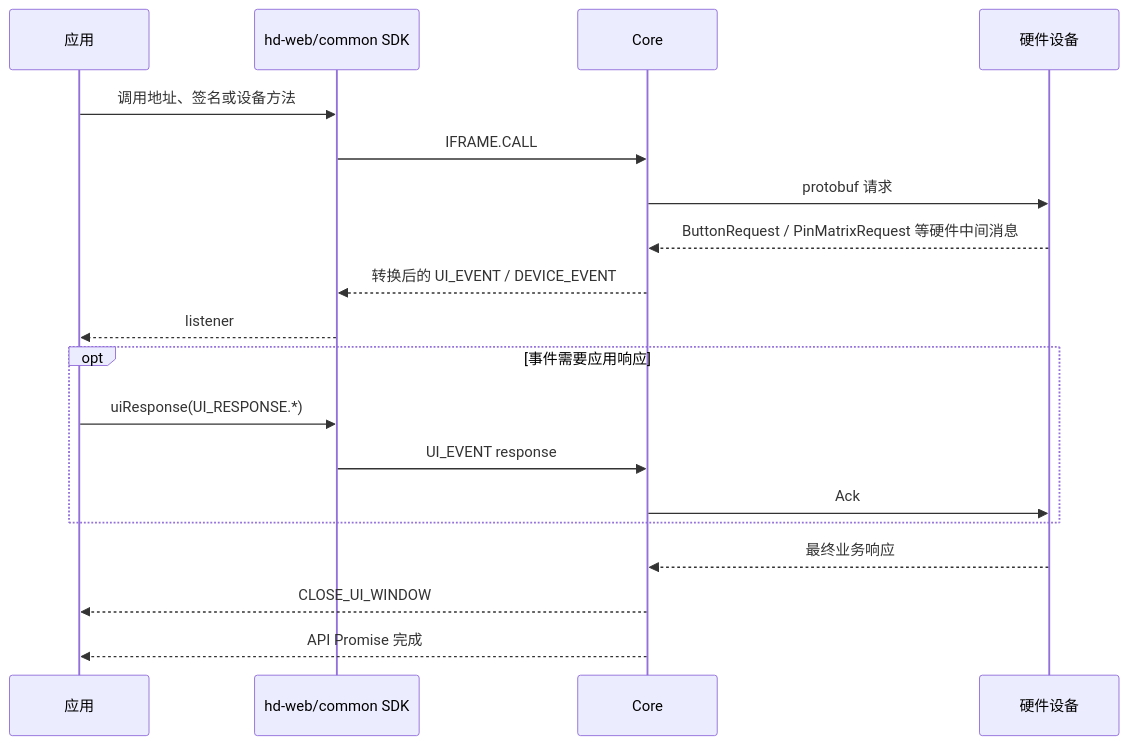
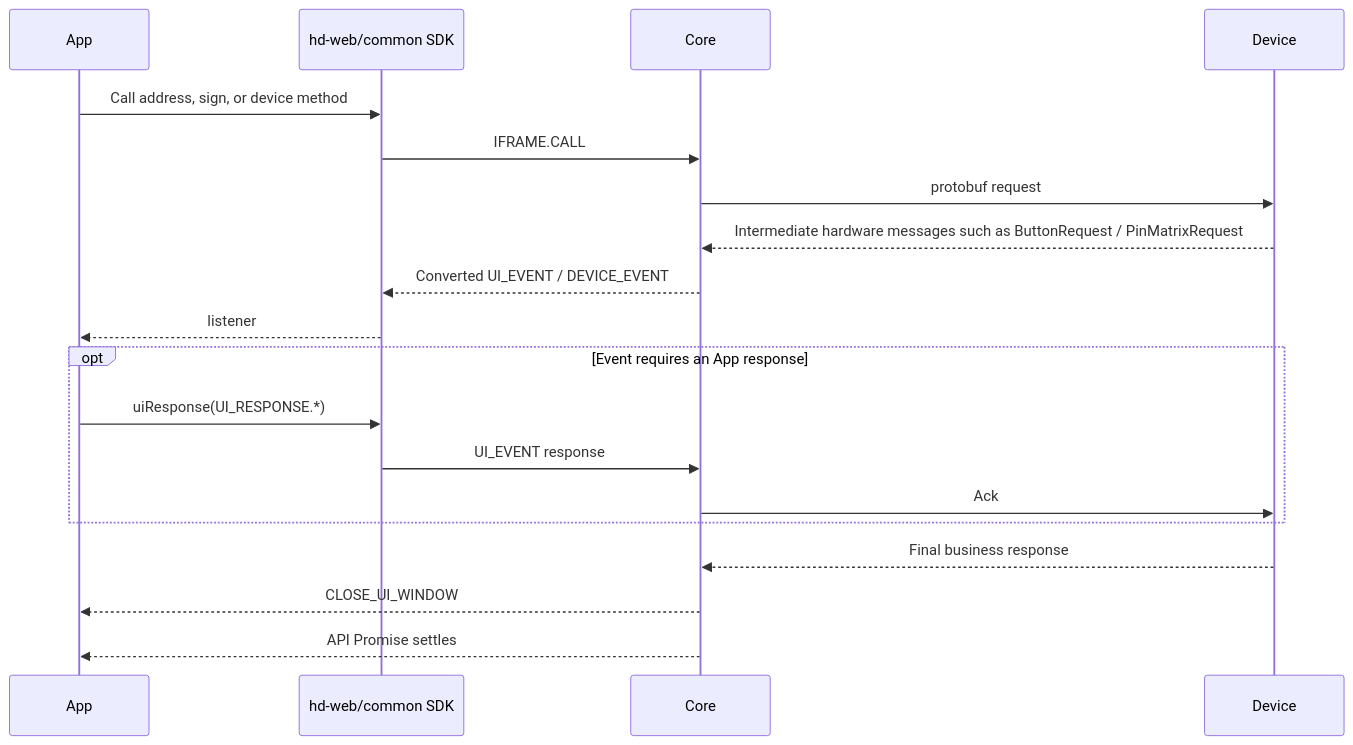
The first of 2 diagrams in docs/sdk/events.md (OneKeyHQ/hardware-js-sdk), drawn with Mermaid before and after one commit. The commit also changed other lines of this file and 13 other files, not shown here.

````diff
--- a/docs/sdk/events.md
+++ b/docs/sdk/events.md
@@ -86,22 +76,22 @@
 ```mermaid
 sequenceDiagram
-  participant App as 应用
+  participant App
   participant SDK as hd-web/common SDK
   participant Core
-  participant Device as 硬件设备
+  participant Device
 
-  App->>SDK: 调用地址、签名或设备方法
+  App->>SDK: Call address, sign, or device method
   SDK->>Core: IFRAME.CALL
-  Core->>Device: protobuf 请求
-  Device-->>Core: ButtonRequest / PinMatrixRequest 等硬件中间消息
-  Core-->>SDK: 转换后的 UI_EVENT / DEVICE_EVENT
+  Core->>Device: protobuf request
+  Device-->>Core: Intermediate hardware messages such as ButtonRequest / PinMatrixRequest
+  Core-->>SDK: Converted UI_EVENT / DEVICE_EVENT
   SDK-->>App: listener
-  opt 事件需要应用响应
+  opt Event requires an App response
     App->>SDK: uiResponse(UI_RESPONSE.*)
     SDK->>Core: UI_EVENT response
     Core->>Device: Ack
   end
-  Device-->>Core: 最终业务响应
+  Device-->>Core: Final business response
   Core-->>App: CLOSE_UI_WINDOW
-  Core-->>App: API Promise 完成
+  Core-->>App: API Promise settles
 ```
````
